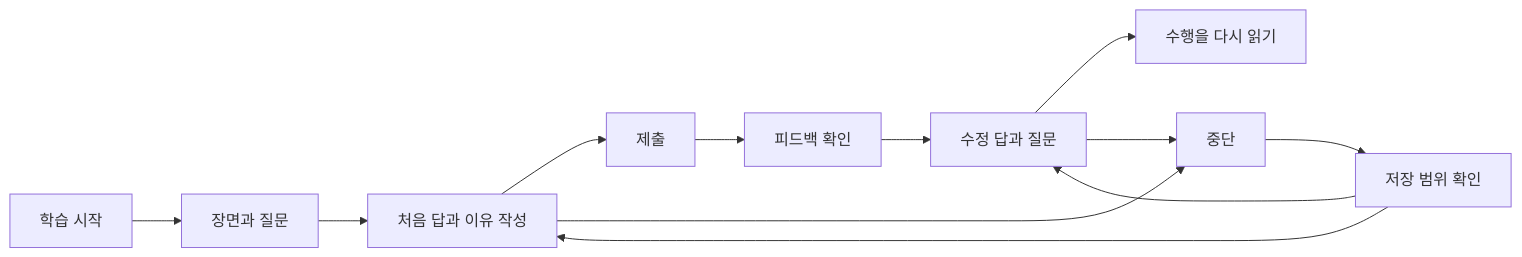
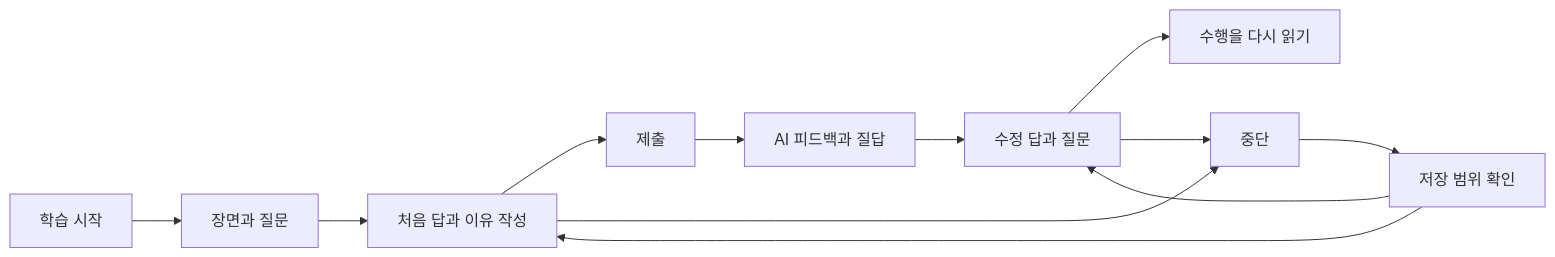
Before and after one commit to jaeyoungkang/english-sense: the diagram in docs/ux-design.md, drawn with Mermaid. The commit also changed other lines of this file and 22 other files, not shown here.

````diff
--- a/docs/ux-design.md
+++ b/docs/ux-design.md
@@ -35,14 +36,14 @@
 ```mermaid
 flowchart LR
   A[학습 시작] --> B[장면과 질문]
   B --> C[처음 답과 이유 작성]
   C --> D[제출]
-  D --> E[피드백 확인]
+  D --> E[AI 피드백과 질답]
   E --> F[수정 답과 질문]
   F --> G[수행을 다시 읽기]
   C --> H[중단]
   F --> H
   H --> I[저장 범위 확인]
   I --> C
   I --> F
 ```
````
